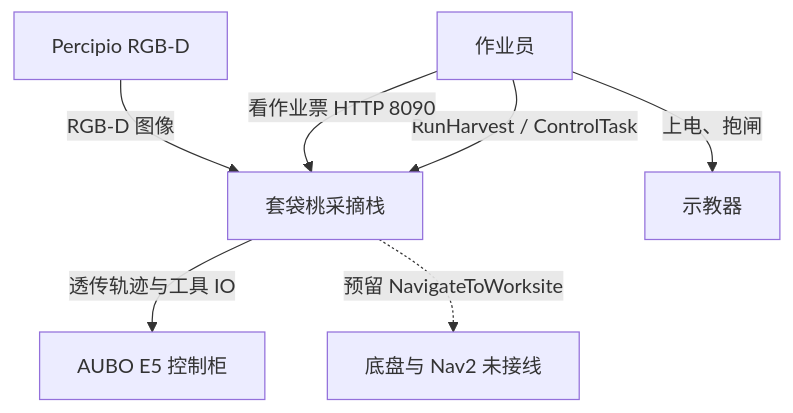
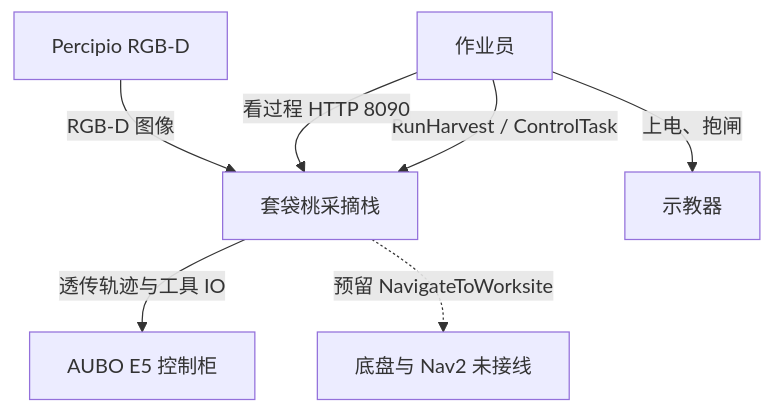
Before and after one commit to MUHAN11-c/aubo_boot: the first of 15 diagrams in docs/architecture.md, drawn with Mermaid. The commit also changed other lines of this file and 123 other files, not shown here.

````diff
--- a/docs/architecture.md
+++ b/docs/architecture.md
@@ -78,15 +78,15 @@
 ```mermaid
 flowchart TB
   op["作业员"]
   harvest["套袋桃采摘栈"]
   e5["AUBO E5 控制柜"]
   cam["Percipio RGB-D"]
   teach["示教器"]
   nav2["底盘与 Nav2 未接线"]
   op -->|"RunHarvest / ControlTask"| harvest
-  op -->|"看作业票 HTTP 8090"| harvest
+  op -->|"看过程 HTTP 8090"| harvest
   op -->|"上电、抱闸"| teach
   cam -->|"RGB-D 图像"| harvest
   harvest -->|"透传轨迹与工具 IO"| e5
   harvest -.->|"预留 NavigateToWorksite"| nav2
 ```
````
